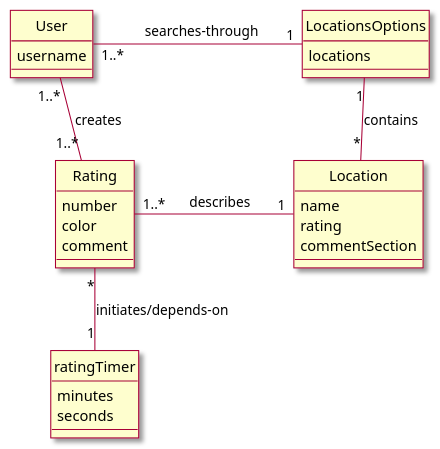
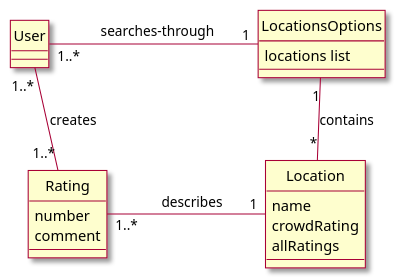
The first of 7 diagrams in intellij/documentation/design.md (manoushpajouh/Vassar-Crowdmeter), drawn with PlantUML before and after one commit. The commit also changed other lines of this file, not shown here.

Commit message:
new sequence diagram has issues but has been created

````diff
--- a/intellij/documentation/design.md
+++ b/intellij/documentation/design.md
@@ -2,44 +2,36 @@
 ```plantuml
 @startuml
 
 skin rose 
 
 hide circle 
 hide circle 
 
 ' classes 
 
 class User{
-username
 }
 
 class Rating{
 number
-color
 comment
 }
 
 class LocationsOptions{
-locations
+locations list
 }
 
 class Location{
 name
-rating
-commentSection
-}
-
-class ratingTimer{
-minutes
-seconds
+crowdRating
+allRatings
 }
 
 ' associations 
 Rating "1..*"  - "1" Location : \t describes \t
-Rating "*" -- "1" ratingTimer : initiates/depends-on \t
 User "1..*" -- "1..*" Rating : creates
 LocationsOptions "1" -down- "*" Location : contains
 User "1..*" -right- "1" LocationsOptions: \t searches-through\t
 
 @enduml
 ```
````
